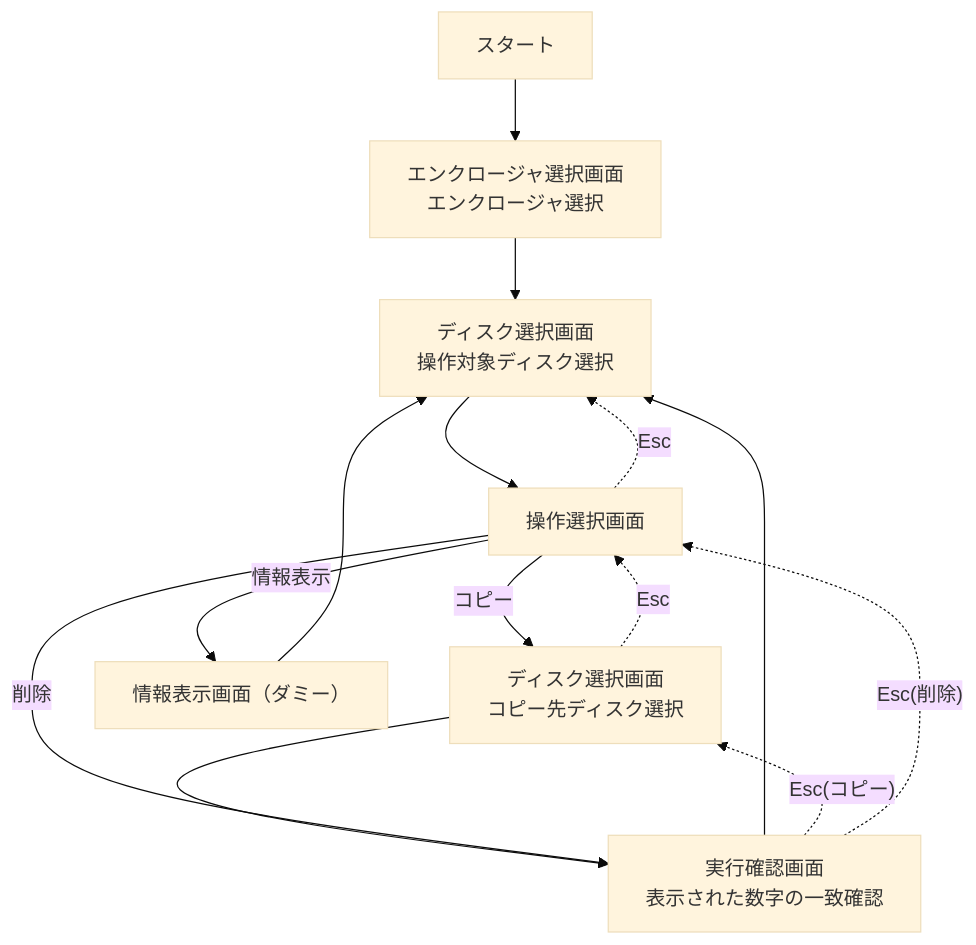
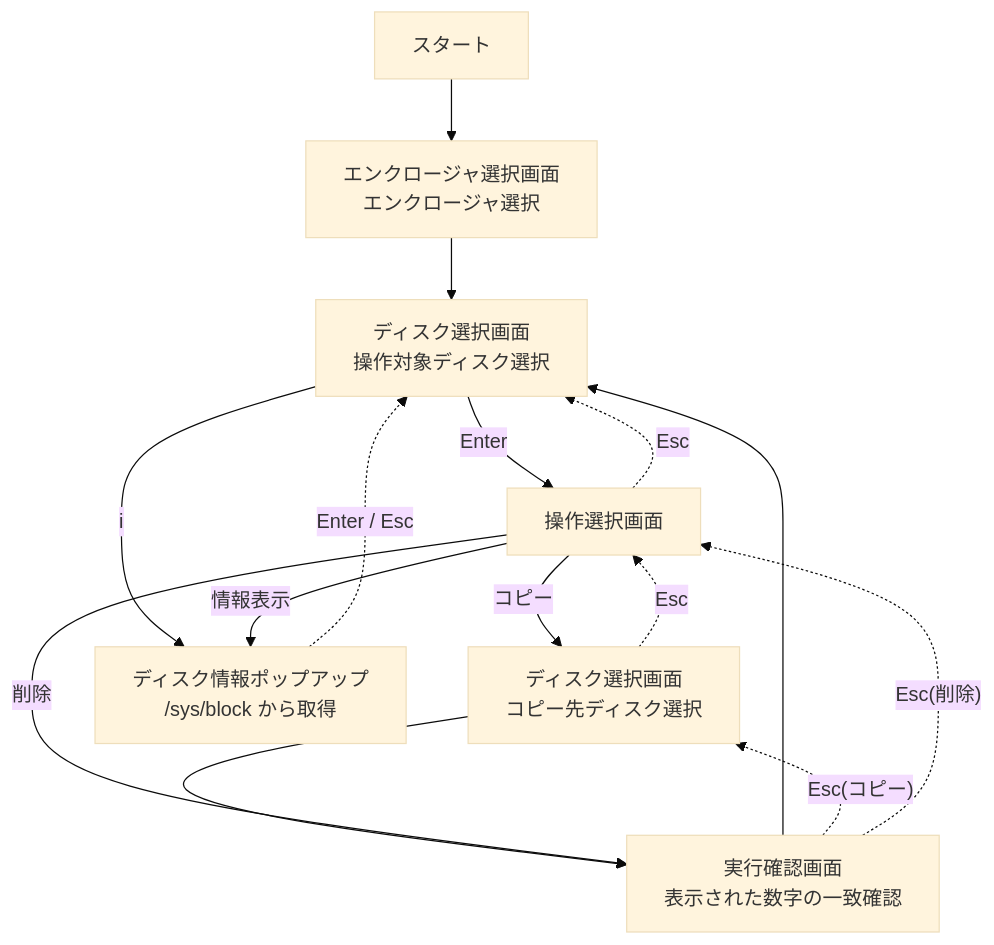
Before and after one commit to mitslabo/diskman: the diagram in README.md, drawn with Mermaid (base theme). The commit also changed other lines of this file and 4 other files, not shown here.

````diff
--- a/README.md
+++ b/README.md
@@ -5,26 +5,27 @@
 ```mermaid
 flowchart TB
   start["スタート"]
   enclosureSelect["エンクロージャ選択画面<br/>エンクロージャ選択"]
   sourceDiskSelect["ディスク選択画面<br/>操作対象ディスク選択"]
   operationSelect["操作選択画面"]
   destinationDiskSelect["ディスク選択画面<br/>コピー先ディスク選択"]
   confirmByCode["実行確認画面<br/>表示された数字の一致確認"]
-  diskInfo["情報表示画面（ダミー）"]
+  diskInfoPopup["ディスク情報ポップアップ<br/>/sys/block から取得"]
 
   start --> enclosureSelect
   enclosureSelect --> sourceDiskSelect
-  sourceDiskSelect --> operationSelect
+  sourceDiskSelect -- "Enter" --> operationSelect
+  sourceDiskSelect -- "i" --> diskInfoPopup
+  diskInfoPopup -. "Enter / Esc" .-> sourceDiskSelect
 
   operationSelect -- "コピー" --> destinationDiskSelect
   destinationDiskSelect --> confirmByCode
   operationSelect -- "削除" --> confirmByCode
   confirmByCode --> sourceDiskSelect
   destinationDiskSelect -. "Esc" .-> operationSelect
   confirmByCode -. "Esc(コピー)" .-> destinationDiskSelect
   confirmByCode -. "Esc(削除)" .-> operationSelect
   operationSelect -. "Esc" .-> sourceDiskSelect
 
-  operationSelect -- "情報表示" --> diskInfo
-  diskInfo --> sourceDiskSelect
+  operationSelect -- "情報表示" --> diskInfoPopup
 ```
````
